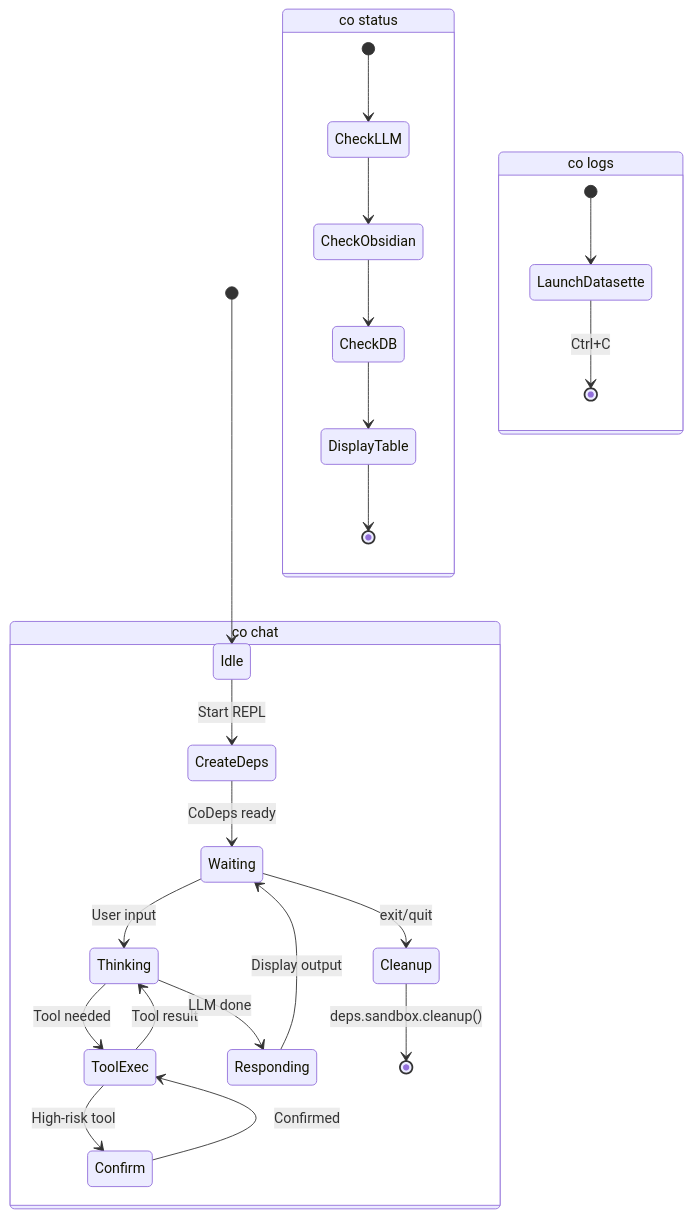
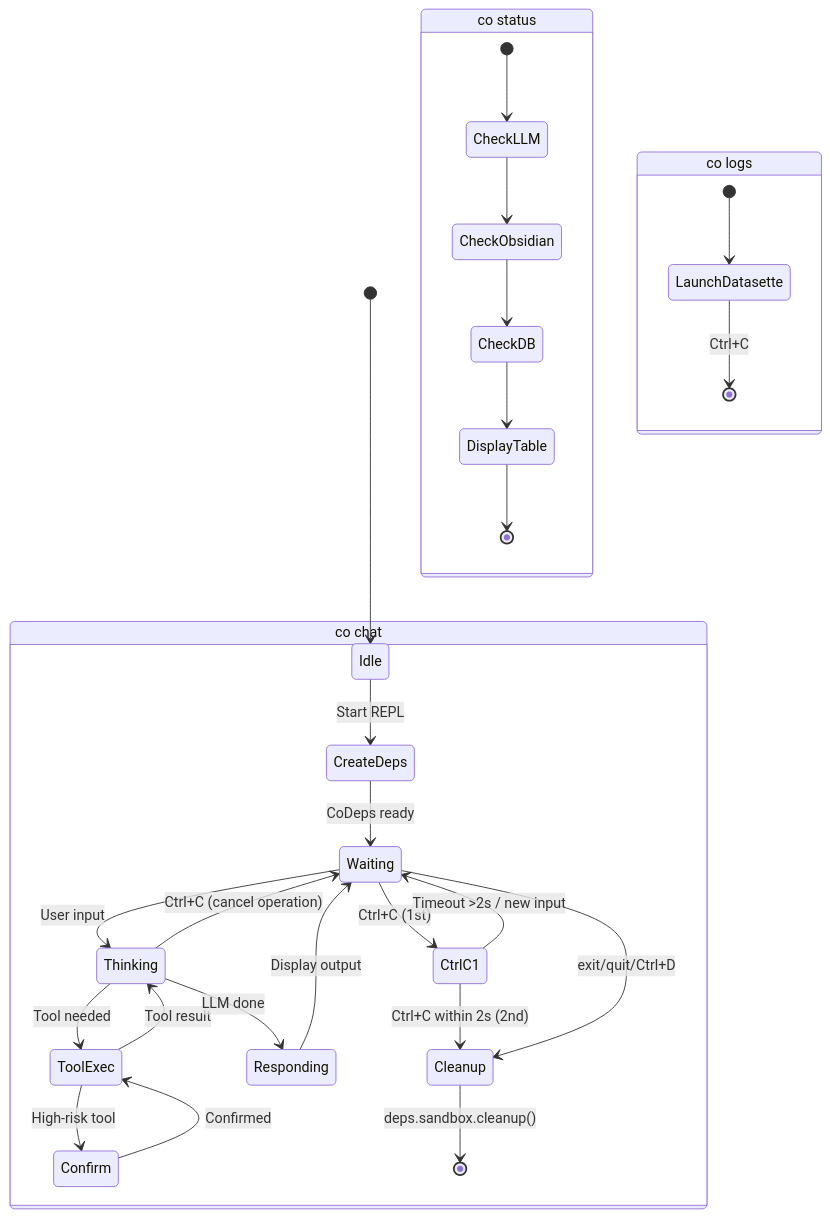
One commit to binlecode/co-cli changed the seventh of 13 diagrams in docs/DESIGN-co-cli.md. Above: the diagram before and after it, drawn with Mermaid. The commit also changed other lines of this file, not shown here.

Commit message:
Document double Ctrl+C exit pattern in design doc

````diff
--- a/docs/DESIGN-co-cli.md
+++ b/docs/DESIGN-co-cli.md
@@ -393,31 +393,35 @@
 ```mermaid
 stateDiagram-v2
     [*] --> Idle
 
     state "co chat" as Chat {
         Idle --> CreateDeps: Start REPL
         CreateDeps --> Waiting: CoDeps ready
         Waiting --> Thinking: User input
         Thinking --> ToolExec: Tool needed
         ToolExec --> Confirm: High-risk tool
         Confirm --> ToolExec: Confirmed
         ToolExec --> Thinking: Tool result
         Thinking --> Responding: LLM done
         Responding --> Waiting: Display output
-        Waiting --> Cleanup: exit/quit
+        Thinking --> Waiting: Ctrl+C (cancel operation)
+        Waiting --> CtrlC1: Ctrl+C (1st)
+        CtrlC1 --> Cleanup: Ctrl+C within 2s (2nd)
+        CtrlC1 --> Waiting: Timeout >2s / new input
+        Waiting --> Cleanup: exit/quit/Ctrl+D
         Cleanup --> [*]: deps.sandbox.cleanup()
     }
 
     state "co status" as Status {
         [*] --> CheckLLM
         CheckLLM --> CheckObsidian
         CheckObsidian --> CheckDB
         CheckDB --> DisplayTable
         DisplayTable --> [*]
     }
 
     state "co logs" as Logs {
         [*] --> LaunchDatasette
         LaunchDatasette --> [*]: Ctrl+C
     }
 ```
````
